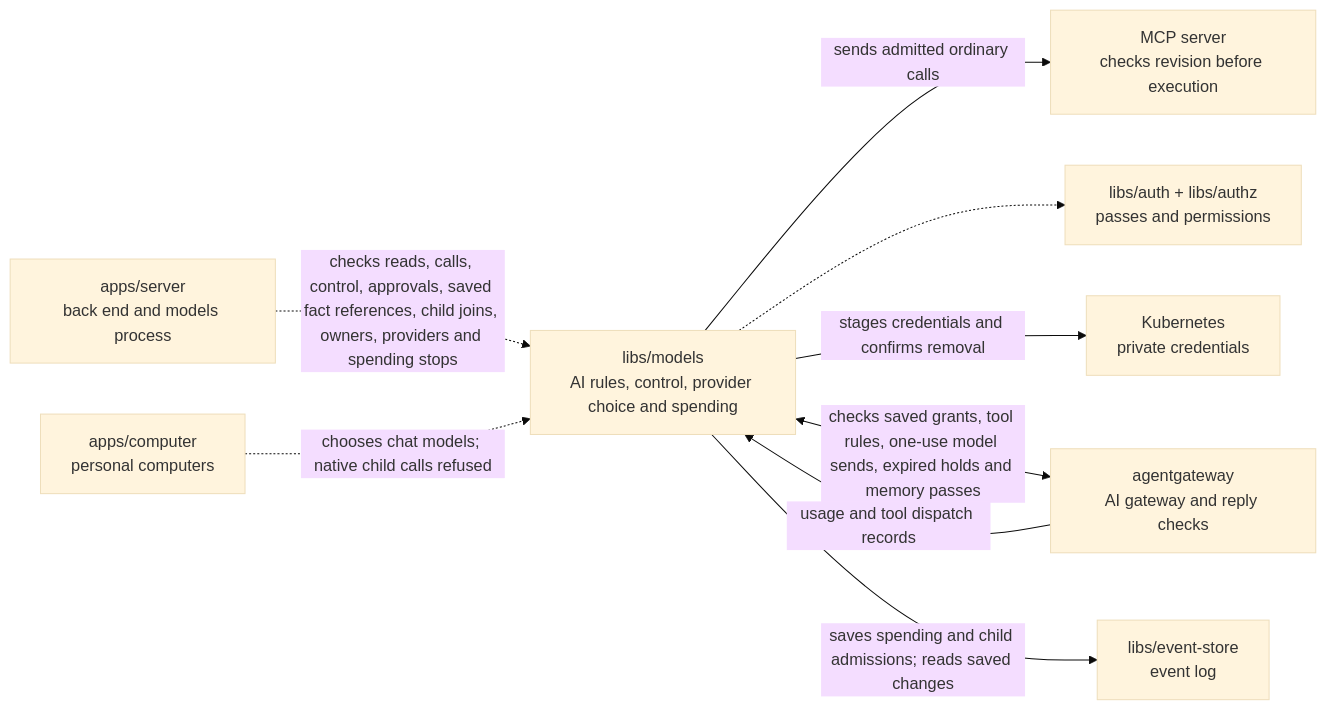
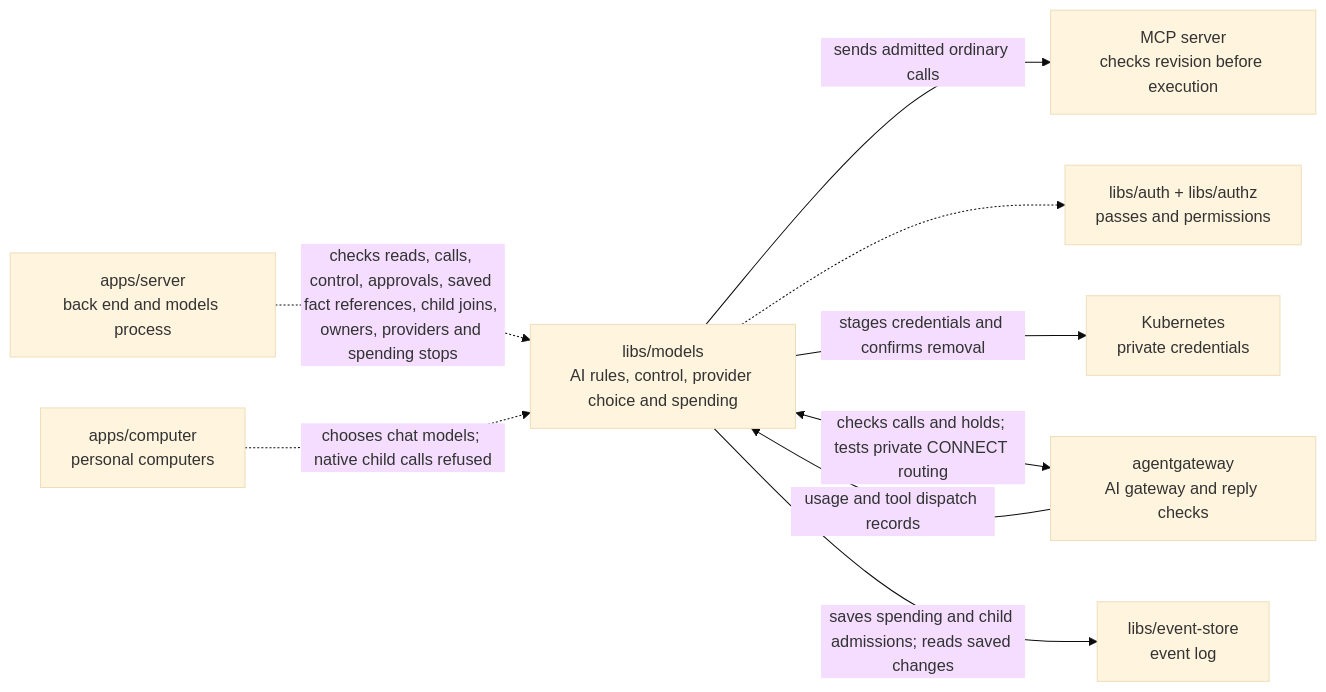
One commit to elewa-git/opencrane-new changed the diagram in libs/models/README.md. Above: the diagram before and after it, drawn with Mermaid (base theme). The commit also changed other lines of this file and 8 other files, not shown here.

````diff
--- a/libs/models/README.md
+++ b/libs/models/README.md
@@ -14,11 +14,11 @@
 ```mermaid
 flowchart LR
   server["apps/server<br/>back end and models process"] -.->|checks reads, calls, control, approvals, saved fact references, child joins, owners, providers and spending stops| models["libs/models<br/>AI rules, control, provider choice and spending"]
   models -->|sends admitted ordinary calls| mcp["MCP server<br/>checks revision before execution"]
   computer["apps/computer<br/>personal computers"] -.->|chooses chat models; native child calls refused| models
   models -.-> auth["libs/auth + libs/authz<br/>passes and permissions"]
   models -->|stages credentials and confirms removal| custody["Kubernetes<br/>private credentials"]
-  models <-->|checks saved grants, tool rules, one-use model sends, expired holds and memory passes| gateway["agentgateway<br/>AI gateway and reply checks"]
+  models <-->|checks calls and holds; tests private CONNECT routing| gateway["agentgateway<br/>AI gateway and reply checks"]
   gateway -->|usage and tool dispatch records| models
   models -->|saves spending and child admissions; reads saved changes| store["libs/event-store<br/>event log"]
 ```
````
